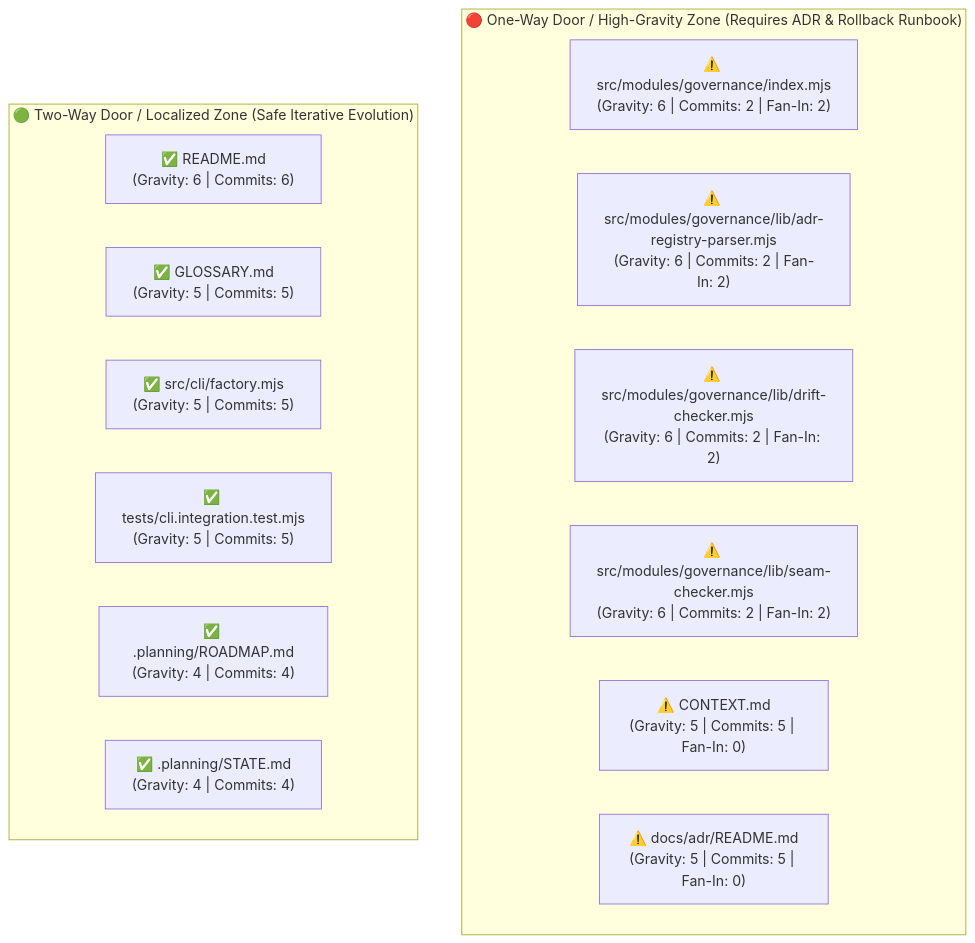
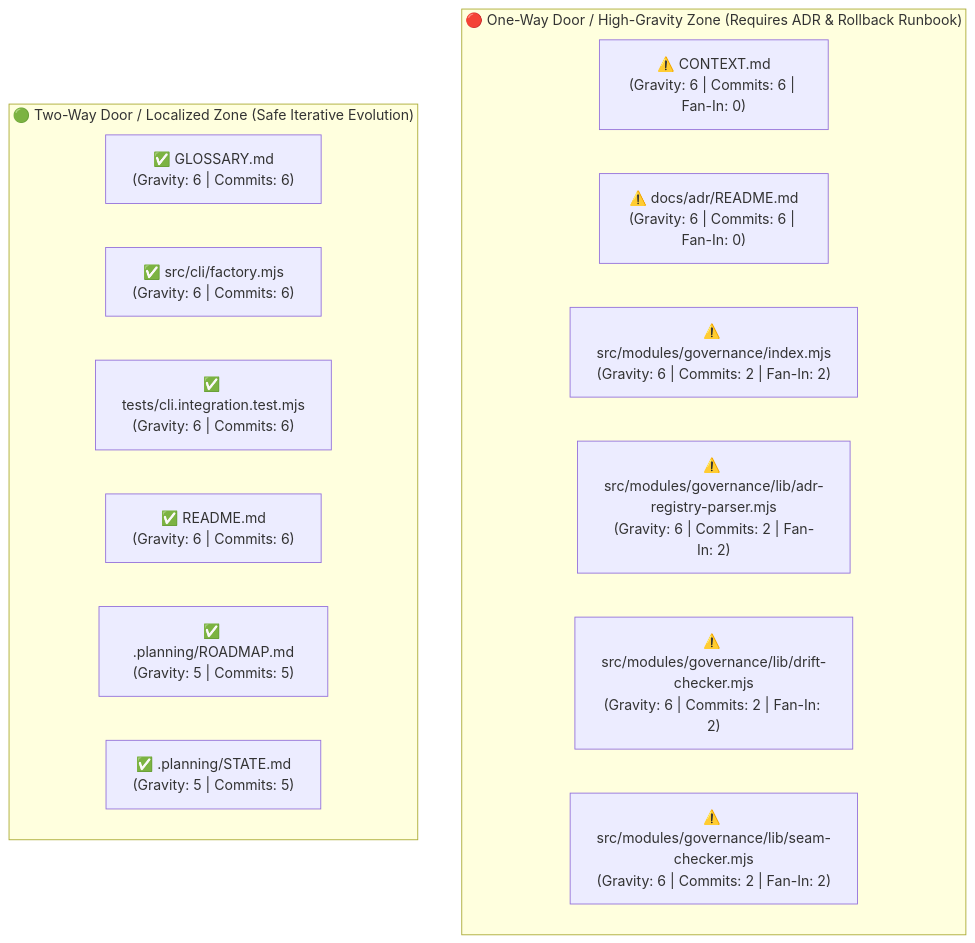
One commit to bpoti001/software-factory changed the fourth of 5 diagrams in docs/architecture/VISUAL_ARCHITECTURE.md. Above: the diagram before and after it, drawn with Mermaid. The commit also changed other lines of this file and 15 other files, not shown here.

````diff
--- a/docs/architecture/VISUAL_ARCHITECTURE.md
+++ b/docs/architecture/VISUAL_ARCHITECTURE.md
@@ -142,19 +143,19 @@
 ```mermaid
 flowchart TB
     subgraph OneWayZone["🔴 One-Way Door / High-Gravity Zone (Requires ADR & Rollback Runbook)"]
-        OW_0["⚠️ src/modules/governance/index.mjs<br/>(Gravity: 6 | Commits: 2 | Fan-In: 2)"]
-        OW_1["⚠️ src/modules/governance/lib/adr-registry-parser.mjs<br/>(Gravity: 6 | Commits: 2 | Fan-In: 2)"]
-        OW_2["⚠️ src/modules/governance/lib/drift-checker.mjs<br/>(Gravity: 6 | Commits: 2 | Fan-In: 2)"]
-        OW_3["⚠️ src/modules/governance/lib/seam-checker.mjs<br/>(Gravity: 6 | Commits: 2 | Fan-In: 2)"]
-        OW_4["⚠️ CONTEXT.md<br/>(Gravity: 5 | Commits: 5 | Fan-In: 0)"]
-        OW_5["⚠️ docs/adr/README.md<br/>(Gravity: 5 | Commits: 5 | Fan-In: 0)"]
+        OW_0["⚠️ CONTEXT.md<br/>(Gravity: 6 | Commits: 6 | Fan-In: 0)"]
+        OW_1["⚠️ docs/adr/README.md<br/>(Gravity: 6 | Commits: 6 | Fan-In: 0)"]
+        OW_2["⚠️ src/modules/governance/index.mjs<br/>(Gravity: 6 | Commits: 2 | Fan-In: 2)"]
+        OW_3["⚠️ src/modules/governance/lib/adr-registry-parser.mjs<br/>(Gravity: 6 | Commits: 2 | Fan-In: 2)"]
+        OW_4["⚠️ src/modules/governance/lib/drift-checker.mjs<br/>(Gravity: 6 | Commits: 2 | Fan-In: 2)"]
+        OW_5["⚠️ src/modules/governance/lib/seam-checker.mjs<br/>(Gravity: 6 | Commits: 2 | Fan-In: 2)"]
     end
     subgraph TwoWayZone["🟢 Two-Way Door / Localized Zone (Safe Iterative Evolution)"]
-        TW_0["✅ README.md<br/>(Gravity: 6 | Commits: 6)"]
-        TW_1["✅ GLOSSARY.md<br/>(Gravity: 5 | Commits: 5)"]
-        TW_2["✅ src/cli/factory.mjs<br/>(Gravity: 5 | Commits: 5)"]
-        TW_3["✅ tests/cli.integration.test.mjs<br/>(Gravity: 5 | Commits: 5)"]
-        TW_4["✅ .planning/ROADMAP.md<br/>(Gravity: 4 | Commits: 4)"]
-        TW_5["✅ .planning/STATE.md<br/>(Gravity: 4 | Commits: 4)"]
+        TW_0["✅ GLOSSARY.md<br/>(Gravity: 6 | Commits: 6)"]
+        TW_1["✅ src/cli/factory.mjs<br/>(Gravity: 6 | Commits: 6)"]
+        TW_2["✅ tests/cli.integration.test.mjs<br/>(Gravity: 6 | Commits: 6)"]
+        TW_3["✅ README.md<br/>(Gravity: 6 | Commits: 6)"]
+        TW_4["✅ .planning/ROADMAP.md<br/>(Gravity: 5 | Commits: 5)"]
+        TW_5["✅ .planning/STATE.md<br/>(Gravity: 5 | Commits: 5)"]
     end
 ```
````
